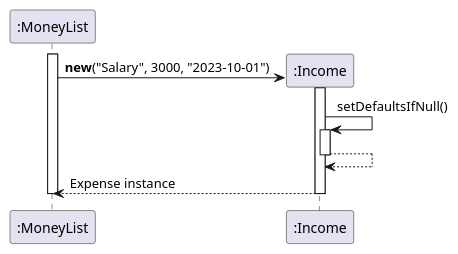
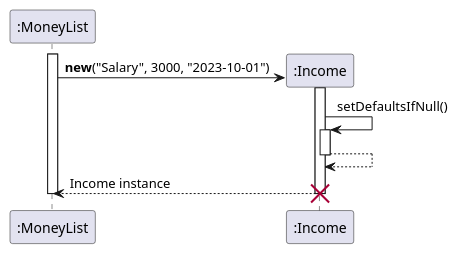
Before and after one commit to EdwinTun98/tp: the diagram in docs/diagrams/Income_Seq.puml, drawn with PlantUML. The commit also changed 17 other files, not shown here.

```diff
--- a/docs/diagrams/Income_Seq.puml
+++ b/docs/diagrams/Income_Seq.puml
@@ -1,17 +1,18 @@
-@startuml Expense_Creation
+@startuml Income_Seq
 participant MoneyList as ":MoneyList"
 create Income as ":Income"
 
 activate MoneyList
 MoneyList -> Income : **new**("Salary", 3000, "2023-10-01")
 activate Income
 
 Income -> Income : setDefaultsIfNull()
 activate Income
 Income --> Income:
 deactivate Income
 
-Income --> MoneyList : Expense instance
+Income --> MoneyList : Income instance
 deactivate Income
+destroy Income
 deactivate MoneyList
 @enduml
```
